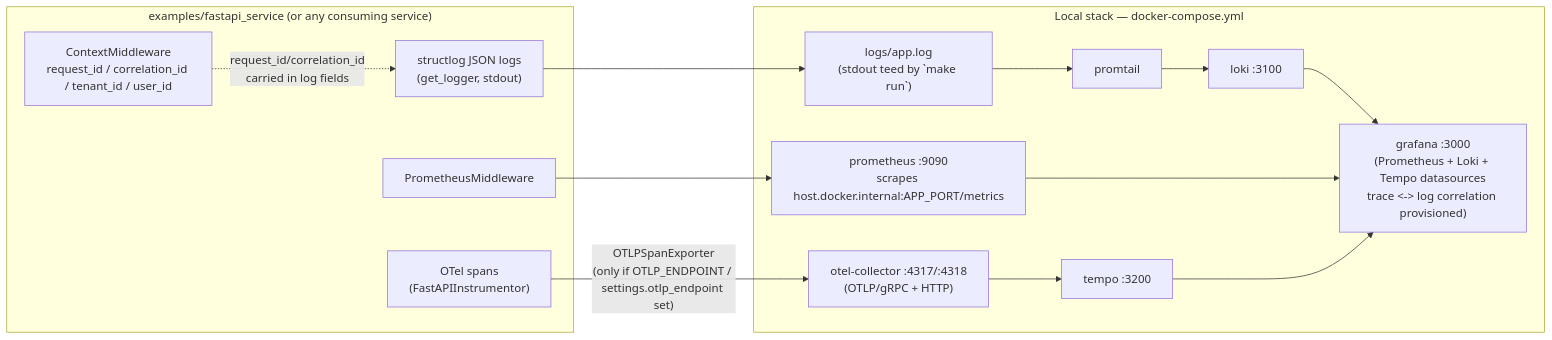
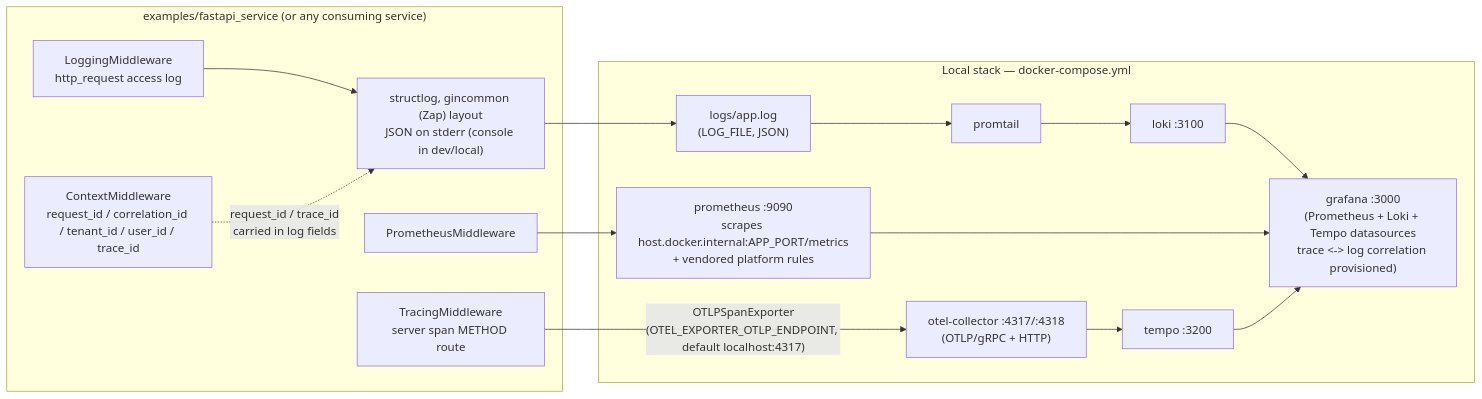
Diagram 14 of 16 in ARCHITECTURE.md (BCBP-SOLUTIONS-FZC-LLC/platform-fastapicommon), drawn with Mermaid before and after one commit. The commit also changed other lines of this file and 141 other files, not shown here.

First line of the commit message:
feat!: align logs, metrics and traces with platform-gincommon v2; CI/CD port; production-readiness fixes (#25)

````diff
--- a/ARCHITECTURE.md
+++ b/ARCHITECTURE.md
@@ -570,33 +781,35 @@
 ```mermaid
 graph LR
     subgraph app["examples/fastapi_service (or any consuming service)"]
-        ctxmw["ContextMiddleware\nrequest_id / correlation_id / tenant_id / user_id"]
+        tracemw["TracingMiddleware\nserver span METHOD route"]
+        ctxmw["ContextMiddleware\nrequest_id / correlation_id / tenant_id / user_id / trace_id"]
+        logmw["LoggingMiddleware\nhttp_request access log"]
         promw["PrometheusMiddleware"]
-        logger["structlog JSON logs\n(get_logger, stdout)"]
-        tracer["OTel spans\n(FastAPIInstrumentor)"]
+        logger["structlog, gincommon (Zap) layout\nJSON on stderr (console in dev/local)"]
     end
 
     subgraph local["Local stack — docker-compose.yml"]
-        logfile["logs/app.log\n(stdout teed by `make run`)"]
+        logfile["logs/app.log\n(LOG_FILE, JSON)"]
         promtail["promtail"]
         loki["loki :3100"]
-        prometheus["prometheus :9090\nscrapes host.docker.internal:APP_PORT/metrics"]
+        prometheus["prometheus :9090\nscrapes host.docker.internal:APP_PORT/metrics\n+ vendored platform rules"]
         collector["otel-collector :4317/:4318\n(OTLP/gRPC + HTTP)"]
         tempo["tempo :3200"]
         grafana["grafana :3000\n(Prometheus + Loki + Tempo datasources\ntrace <-> log correlation provisioned)"]
     end
 
+    logmw --> logger
     logger --> logfile
     logfile --> promtail
     promtail --> loki
     loki --> grafana
 
     promw --> prometheus
     prometheus --> grafana
 
-    tracer -->|"OTLPSpanExporter\n(only if OTLP_ENDPOINT / settings.otlp_endpoint set)"| collector
+    tracemw -->|"OTLPSpanExporter\n(OTEL_EXPORTER_OTLP_ENDPOINT, default localhost:4317)"| collector
     collector --> tempo
     tempo --> grafana
 
-    ctxmw -.->|"request_id/correlation_id\ncarried in log fields"| logger
+    ctxmw -.->|"request_id / trace_id\ncarried in log fields"| logger
 ```
````
